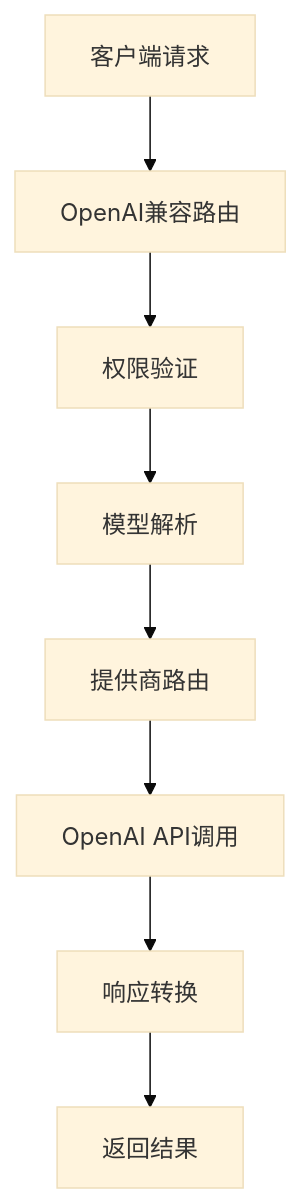
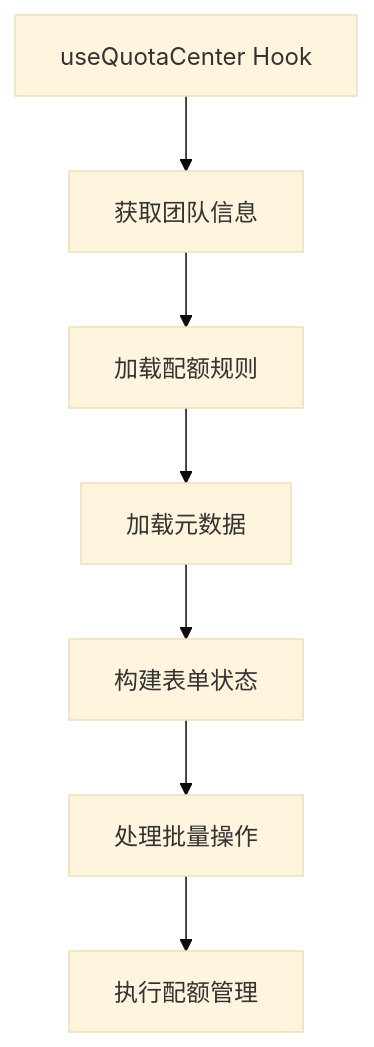
Before and after one commit to tianyehedashu/ai-agent: diagram 17 of 20 in .qoder/repowiki/zh/content/网关服务架构/网关服务架构.md, drawn with Mermaid (base theme). The commit also changed other lines of this file and 50 other files, not shown here.

````diff
--- a/.qoder/repowiki/zh/content/网关服务架构/网关服务架构.md
+++ b/.qoder/repowiki/zh/content/网关服务架构/网关服务架构.md
@@ -692,10 +731,9 @@
 ```mermaid
 flowchart TD
-A["客户端请求"] --> B["OpenAI兼容路由"]
-B --> C["权限验证"]
-C --> D["模型解析"]
-D --> E["提供商路由"]
-E --> F["OpenAI API调用"]
-F --> G["响应转换"]
-G --> H["返回结果"]
+A["useQuotaCenter Hook"] --> B["获取团队信息"]
+B --> C["加载配额规则"]
+C --> D["加载元数据"]
+D --> E["构建表单状态"]
+E --> F["处理批量操作"]
+F --> G["执行配额管理"]
 ```
````
